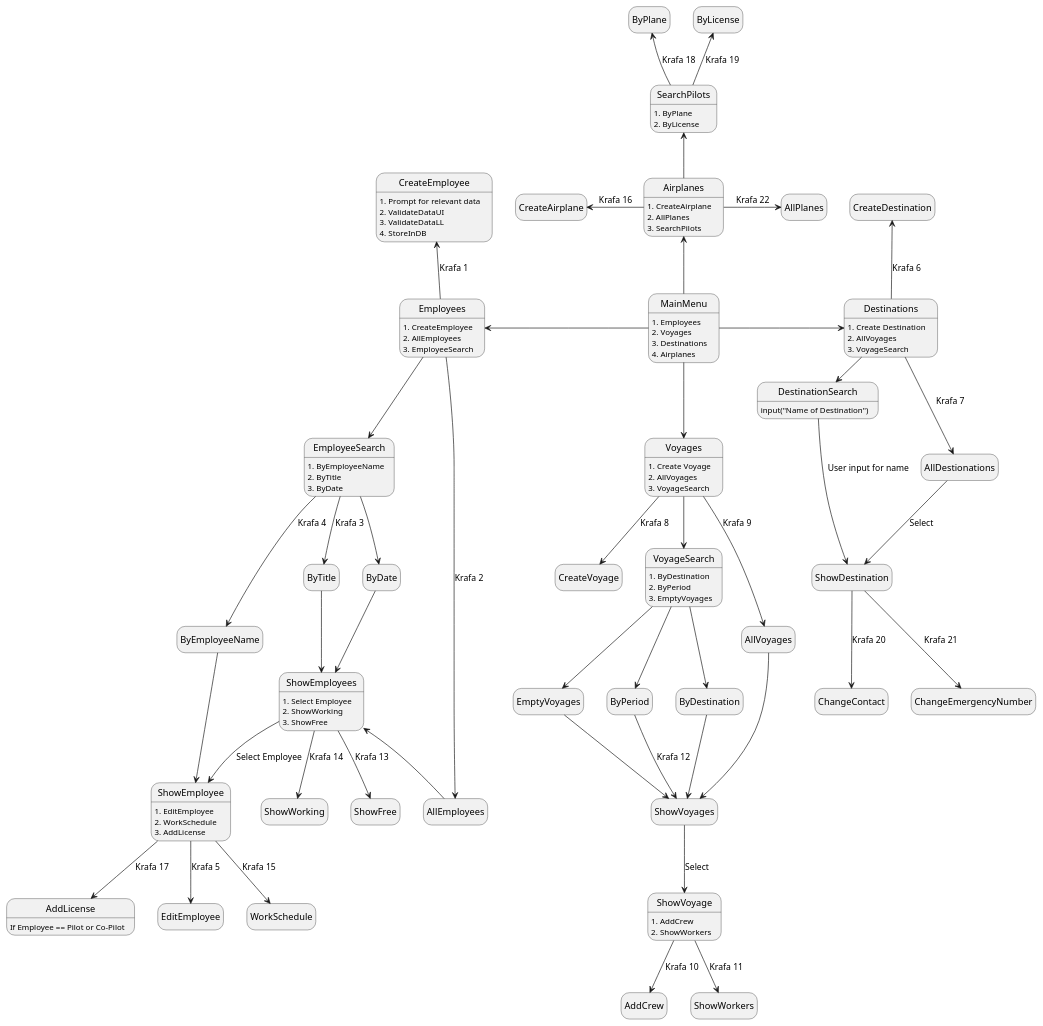
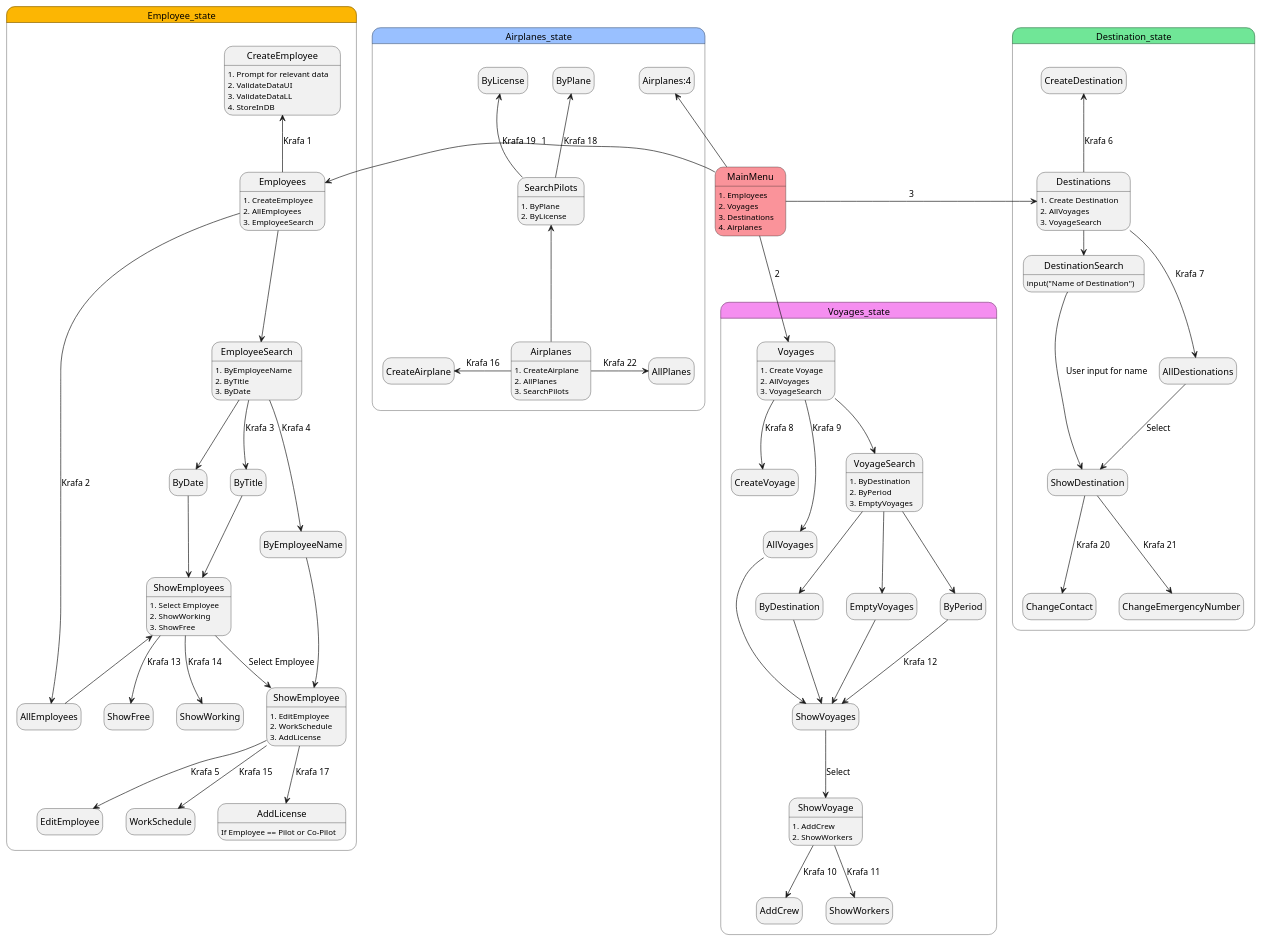
One commit to irmalexandra/vln1_chuck_nan changed the diagram in state_diagrams/UI_State_Diagram.puml. Above: the diagram before and after it, drawn with PlantUML.

Commit message:
make pretty

```diff
--- a/state_diagrams/UI_State_Diagram.puml
+++ b/state_diagrams/UI_State_Diagram.puml
@@ -1,69 +1,82 @@
 @startuml UI_states
 hide empty description
 MainMenu: 1. Employees \n2. Voyages \n3. Destinations \n4. Airplanes
-MainMenu -Left-> Employees
-Employees: 1. CreateEmployee \n2. AllEmployees \n3. EmployeeSearch
-Employees -up-> CreateEmployee: Krafa 1
-CreateEmployee: 1. Prompt for relevant data \n2. ValidateDataUI \n3. ValidateDataLL\n4. StoreInDB
-Employees -up-> AllEmployees: Krafa 2
-AllEmployees -up-> ShowEmployees
-Employees -down-> EmployeeSearch
-EmployeeSearch: 1. ByEmployeeName\n2. ByTitle \n3. ByDate
-EmployeeSearch --> ByTitle: Krafa 3
-ByTitle --> ShowEmployees
-ShowEmployees: 1. Select Employee \n2. ShowWorking \n3. ShowFree
-EmployeeSearch --> ByEmployeeName: Krafa 4
-ByEmployeeName --> ShowEmployee
-ShowEmployee: 1. EditEmployee \n2. WorkSchedule\n3. AddLicense
-ShowEmployee --> EditEmployee: Krafa 5
-ShowEmployee --> WorkSchedule: Krafa 15
-EmployeeSearch --> ByDate
-ByDate --> ShowEmployees
-ShowEmployees --> ShowFree: Krafa 13
-ShowEmployees --> ShowWorking: Krafa 14
-ShowEmployees --> ShowEmployee: Select Employee
-ShowEmployee --> AddLicense: Krafa 17
-AddLicense: If Employee == Pilot or Co-Pilot
 
-MainMenu -Down-> Voyages
-Voyages: 1. Create Voyage \n2. AllVoyages \n3. VoyageSearch
-Voyages --> CreateVoyage: Krafa 8
-Voyages --> AllVoyages: Krafa 9
-AllVoyages --> ShowVoyages
-Voyages --> VoyageSearch
-VoyageSearch: 1. ByDestination \n2. ByPeriod \n3. EmptyVoyages
-VoyageSearch --> ByDestination
-VoyageSearch --> EmptyVoyages
-VoyageSearch --> ByPeriod
-ByDestination --> ShowVoyages
+state Employee_state #fcb603{
 
-EmptyVoyages --> ShowVoyages
-ByPeriod --> ShowVoyages: Krafa 12
-ShowVoyages --> ShowVoyage: Select
-ShowVoyage: 1. AddCrew \n2. ShowWorkers
-ShowVoyage --> AddCrew: Krafa 10
-ShowVoyage --> ShowWorkers: Krafa 11
+    MainMenu #fa939a -Left-> Employees: 1
+    Employees: 1. CreateEmployee \n2. AllEmployees \n3. EmployeeSearch
+    Employees -up-> CreateEmployee: Krafa 1
+    CreateEmployee: 1. Prompt for relevant data \n2. ValidateDataUI \n3. ValidateDataLL\n4. StoreInDB
+    Employees -up-> AllEmployees: Krafa 2
+    AllEmployees -up-> ShowEmployees
+    Employees -down-> EmployeeSearch
+    EmployeeSearch: 1. ByEmployeeName\n2. ByTitle \n3. ByDate
+    EmployeeSearch --> ByTitle: Krafa 3
+    ByTitle --> ShowEmployees
+    ShowEmployees: 1. Select Employee \n2. ShowWorking \n3. ShowFree
+    EmployeeSearch --> ByEmployeeName: Krafa 4
+    ByEmployeeName --> ShowEmployee
+    ShowEmployee: 1. EditEmployee \n2. WorkSchedule\n3. AddLicense
+    ShowEmployee --> EditEmployee: Krafa 5
+    ShowEmployee --> WorkSchedule: Krafa 15
+    EmployeeSearch --> ByDate
+    ByDate --> ShowEmployees
+    ShowEmployees --> ShowFree: Krafa 13
+    ShowEmployees --> ShowWorking: Krafa 14
+    ShowEmployees --> ShowEmployee: Select Employee
+    ShowEmployee --> AddLicense: Krafa 17
+    AddLicense: If Employee == Pilot or Co-Pilot
+
+}
 
 
-MainMenu -Right-> Destinations
-Destinations:1. Create Destination \n2. AllVoyages \n3. VoyageSearch
-Destinations -up-> CreateDestination: Krafa 6
-Destinations -down-> AllDestionations: Krafa 7
-AllDestionations --> ShowDestination: Select
-Destinations -right-> DestinationSearch
-DestinationSearch: input("Name of Destination")
-DestinationSearch --> ShowDestination: User input for name
-ShowDestination --> ChangeContact: Krafa 20
-ShowDestination --> ChangeEmergencyNumber: Krafa 21
+state Voyages_state #f58ef0{
+    MainMenu -Down-> Voyages: 2
+    Voyages: 1. Create Voyage \n2. AllVoyages \n3. VoyageSearch
+    Voyages --> CreateVoyage: Krafa 8
+    Voyages --> AllVoyages: Krafa 9
+    AllVoyages --> ShowVoyages
+    Voyages --> VoyageSearch
+    VoyageSearch: 1. ByDestination \n2. ByPeriod \n3. EmptyVoyages
+    VoyageSearch --> ByDestination
+    VoyageSearch --> EmptyVoyages
+    VoyageSearch --> ByPeriod
+    ByDestination --> ShowVoyages
 
+    EmptyVoyages --> ShowVoyages
+    ByPeriod --> ShowVoyages: Krafa 12
+    ShowVoyages --> ShowVoyage: Select
+    ShowVoyage: 1. AddCrew \n2. ShowWorkers
+    ShowVoyage --> AddCrew: Krafa 10
+    ShowVoyage --> ShowWorkers: Krafa 11
 
-MainMenu -up-> Airplanes
-Airplanes: 1. CreateAirplane \n2. AllPlanes \n3. SearchPilots
-Airplanes -left-> CreateAirplane: Krafa 16
-Airplanes -right-> AllPlanes: Krafa 22
-Airplanes -up-> SearchPilots
-SearchPilots: 1. ByPlane \n2. ByLicense
-SearchPilots -up-> ByLicense: Krafa 19
-SearchPilots -up-> ByPlane: Krafa 18
+}
+
+state Destination_state #70e697{
+    MainMenu -Right-> Destinations: 3
+    Destinations:1. Create Destination \n2. AllVoyages \n3. VoyageSearch
+    Destinations -up-> CreateDestination: Krafa 6
+    Destinations -down-> AllDestionations: Krafa 7
+    AllDestionations --> ShowDestination: Select
+    Destinations -right-> DestinationSearch
+    DestinationSearch: input("Name of Destination")
+    DestinationSearch --> ShowDestination: User input for name
+    ShowDestination --> ChangeContact: Krafa 20
+    ShowDestination --> ChangeEmergencyNumber: Krafa 21
+
+}
+
+state Airplanes_state #99c0ff{
+    MainMenu -up-> Airplanes:4 
+    Airplanes: 1. CreateAirplane \n2. AllPlanes \n3. SearchPilots
+    Airplanes -left-> CreateAirplane: Krafa 16
+    Airplanes -right-> AllPlanes: Krafa 22
+    Airplanes -up-> SearchPilots
+    SearchPilots: 1. ByPlane \n2. ByLicense
+    SearchPilots -up-> ByLicense: Krafa 19
+    SearchPilots -up-> ByPlane: Krafa 18
+
+}
 
 @enduml
```
